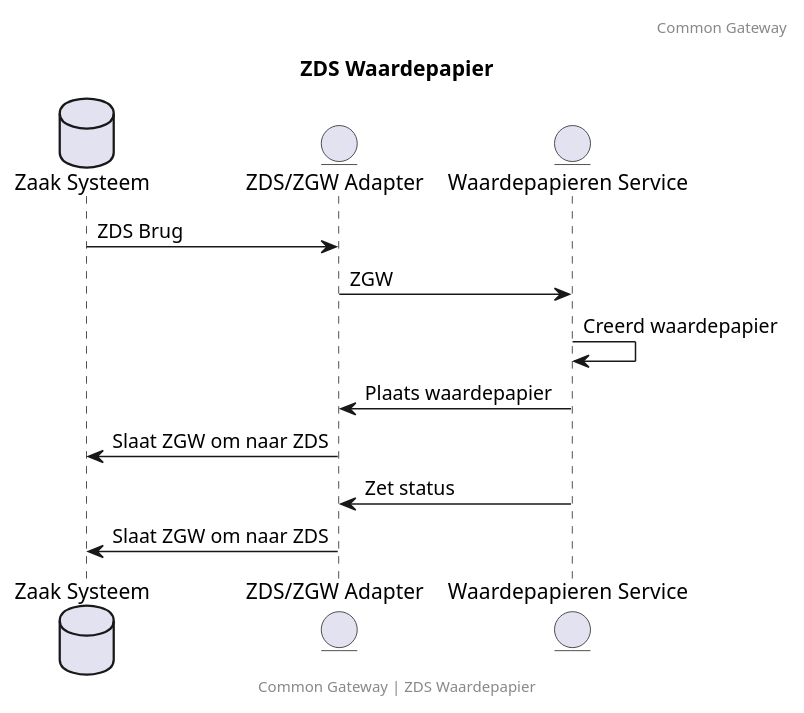
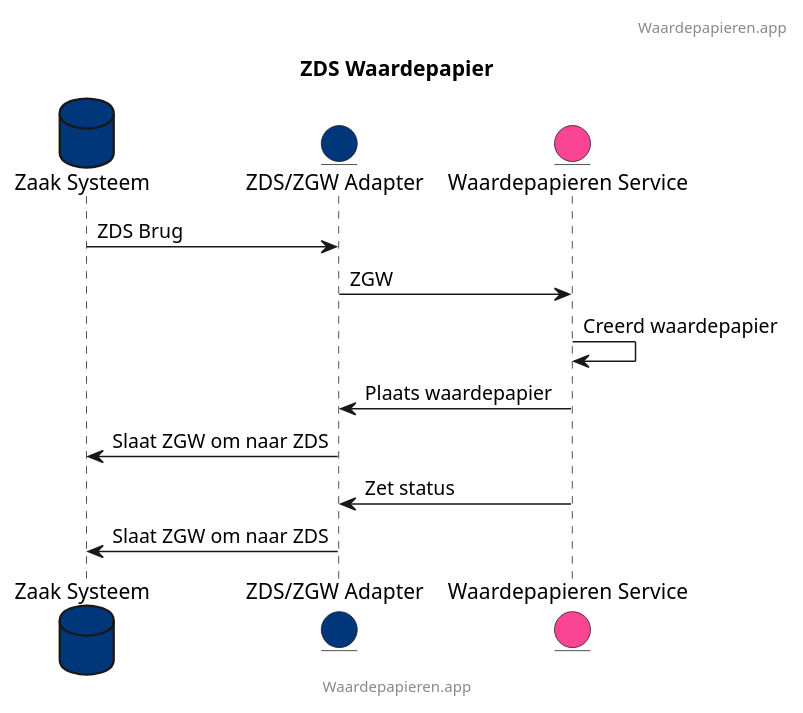
The diagram in docs/zds_waardepapier.puml (CommonGateway/WaardepapierenBundle), drawn with PlantUML before and after one commit. The commit also changed 8 other files, not shown here.

```diff
--- a/docs/zds_waardepapier.puml
+++ b/docs/zds_waardepapier.puml
@@ -1,18 +1,19 @@
 @startuml
 title: ZDS Waardepapier
-footer: Common Gateway | ZDS Waardepapier
-header: Common Gateway
+footer: Waardepapieren.app
+header: Waardepapieren.app
+skinparam backgroundColor transparent
 
-database "Zaak Systeem" as ZS
-entity "ZDS/ZGW Adapter" as Adapter
-entity "Waardepapieren Service" as WP
+database "Zaak Systeem" as ZS #00377a
+entity "ZDS/ZGW Adapter" as Adapter #00377a
+entity "Waardepapieren Service" as WP #fa4494
 
 ZS -> Adapter: ZDS Brug
 Adapter -> WP: ZGW
 WP -> WP: Creerd waardepapier
 WP -> Adapter: Plaats waardepapier
 Adapter -> ZS: Slaat ZGW om naar ZDS
 WP -> Adapter: Zet status
 Adapter -> ZS: Slaat ZGW om naar ZDS
 
 @enduml
```
